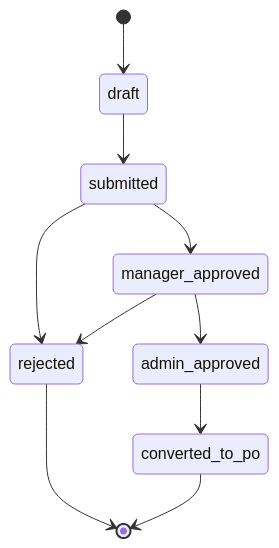
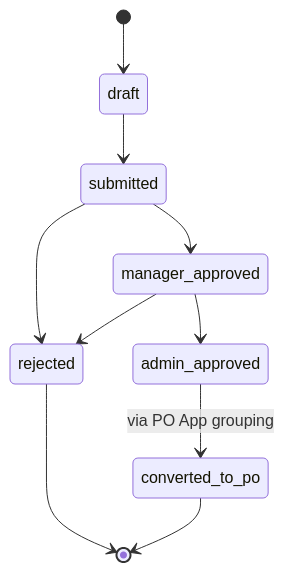
One commit to AKRA-WEB/ProjectERP changed the first of 11 diagrams in _notes/00_Project_Map/state-machines.md. Above: the diagram before and after it, drawn with Mermaid. The commit also changed other lines of this file and 1 other file, not shown here.

````diff
--- a/_notes/00_Project_Map/state-machines.md
+++ b/_notes/00_Project_Map/state-machines.md
@@ -5,12 +5,12 @@
 ```mermaid
 stateDiagram-v2
     [*] --> draft
     draft --> submitted
     submitted --> manager_approved
     submitted --> rejected
     manager_approved --> admin_approved
     manager_approved --> rejected
-    admin_approved --> converted_to_po
+    admin_approved --> converted_to_po : via PO App grouping
     rejected --> [*]
     converted_to_po --> [*]
 ```
````
